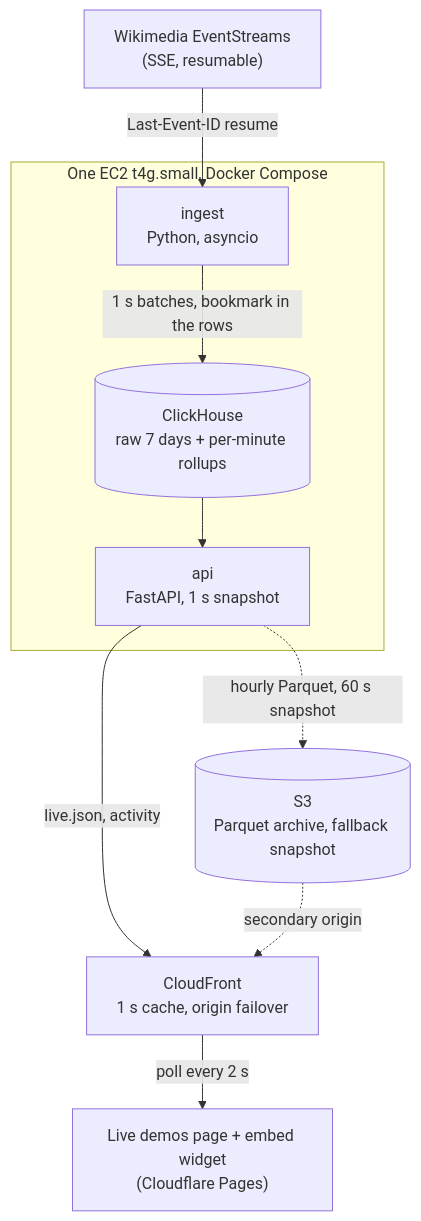
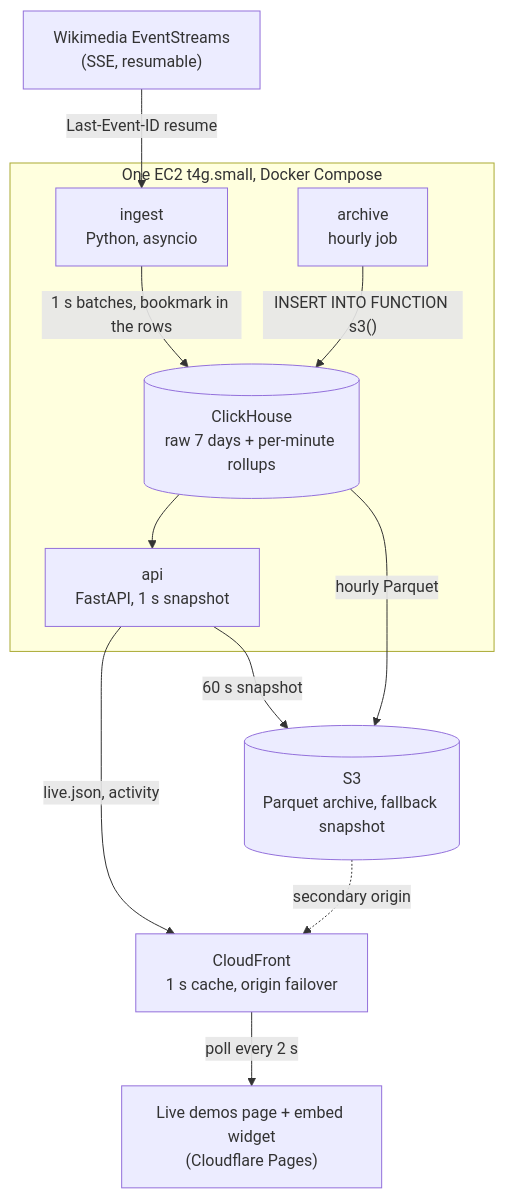
Before and after one commit to Divine-Hope/portfolio-live-demos: the diagram in docs/architecture.md, drawn with Mermaid. The commit also changed other lines of this file and 23 other files, not shown here.

````diff
--- a/docs/architecture.md
+++ b/docs/architecture.md
@@ -44,22 +44,25 @@
 ```mermaid
 flowchart TB
     WM["Wikimedia EventStreams<br/>(SSE, resumable)"]
 
     subgraph EC2["One EC2 t4g.small, Docker Compose"]
         ING["ingest<br/>Python, asyncio"]
         CH[("ClickHouse<br/>raw 7 days + per-minute rollups")]
         API["api<br/>FastAPI, 1 s snapshot"]
+        ARC["archive<br/>hourly job"]
     end
 
     S3[("S3<br/>Parquet archive, fallback snapshot")]
     CF["CloudFront<br/>1 s cache, origin failover"]
     PAGE["Live demos page + embed widget<br/>(Cloudflare Pages)"]
 
     WM -- "Last-Event-ID resume" --> ING
     ING -- "1 s batches, bookmark in the rows" --> CH
     CH --> API
     API -- "live.json, activity" --> CF
-    API -. "hourly Parquet, 60 s snapshot" .-> S3
+    API -- "60 s snapshot" --> S3
+    ARC -- "INSERT INTO FUNCTION s3()" --> CH
+    CH -- "hourly Parquet" --> S3
     S3 -. "secondary origin" .-> CF
     CF -- "poll every 2 s" --> PAGE
 ```
````
